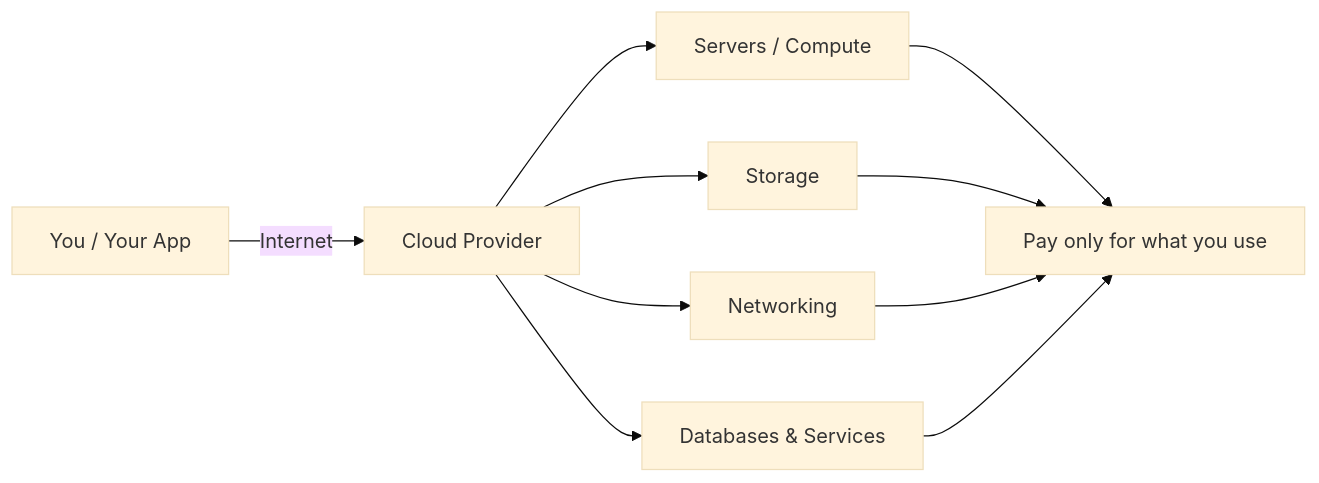
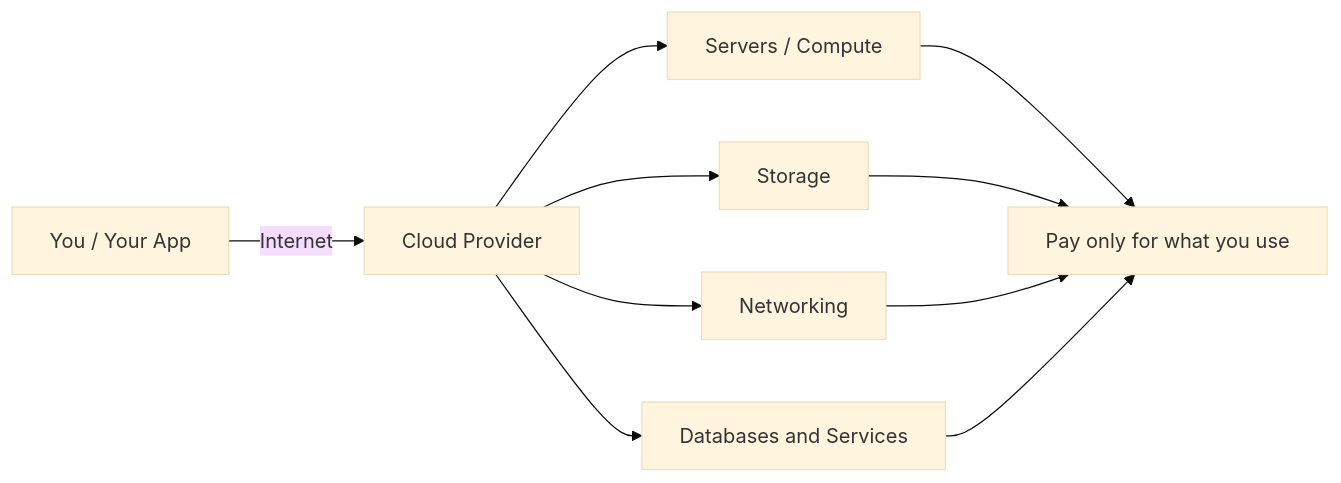
One commit to Prabakaran-MS/crashCourse changed the first of 2 diagrams in Learning/Cloud-Computing/01-Introduction/what-is-cloud-computing.md. Above: the diagram before and after it, drawn with Mermaid (base theme). The commit also changed other lines of this file and 84 other files, not shown here.

````diff
--- a/Learning/Cloud-Computing/01-Introduction/what-is-cloud-computing.md
+++ b/Learning/Cloud-Computing/01-Introduction/what-is-cloud-computing.md
@@ -22,12 +22,12 @@
 ```mermaid
 flowchart LR
     User["You / Your App"] -->|Internet| Cloud["Cloud Provider"]
     Cloud --> Compute["Servers / Compute"]
     Cloud --> Storage["Storage"]
     Cloud --> Network["Networking"]
-    Cloud --> Services["Databases & Services"]
+    Cloud --> Services["Databases and Services"]
     Compute --> Pay["Pay only for what you use"]
     Storage --> Pay
     Network --> Pay
     Services --> Pay
 ```
````
